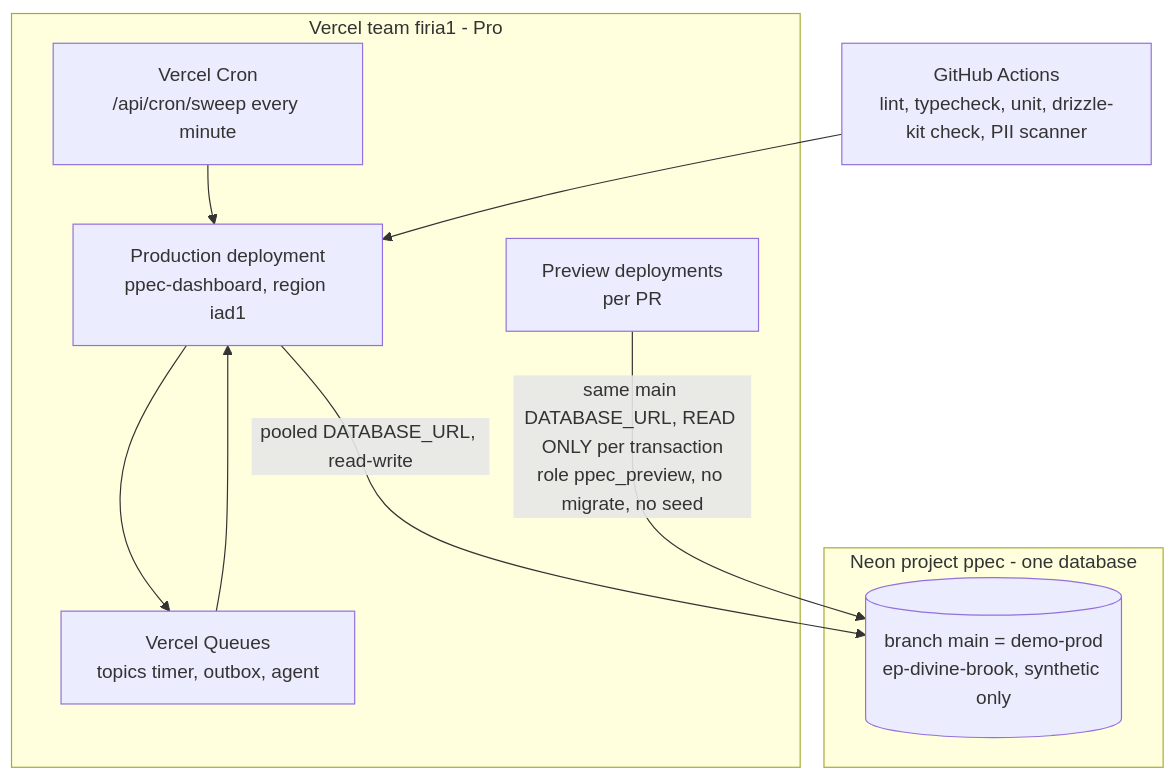
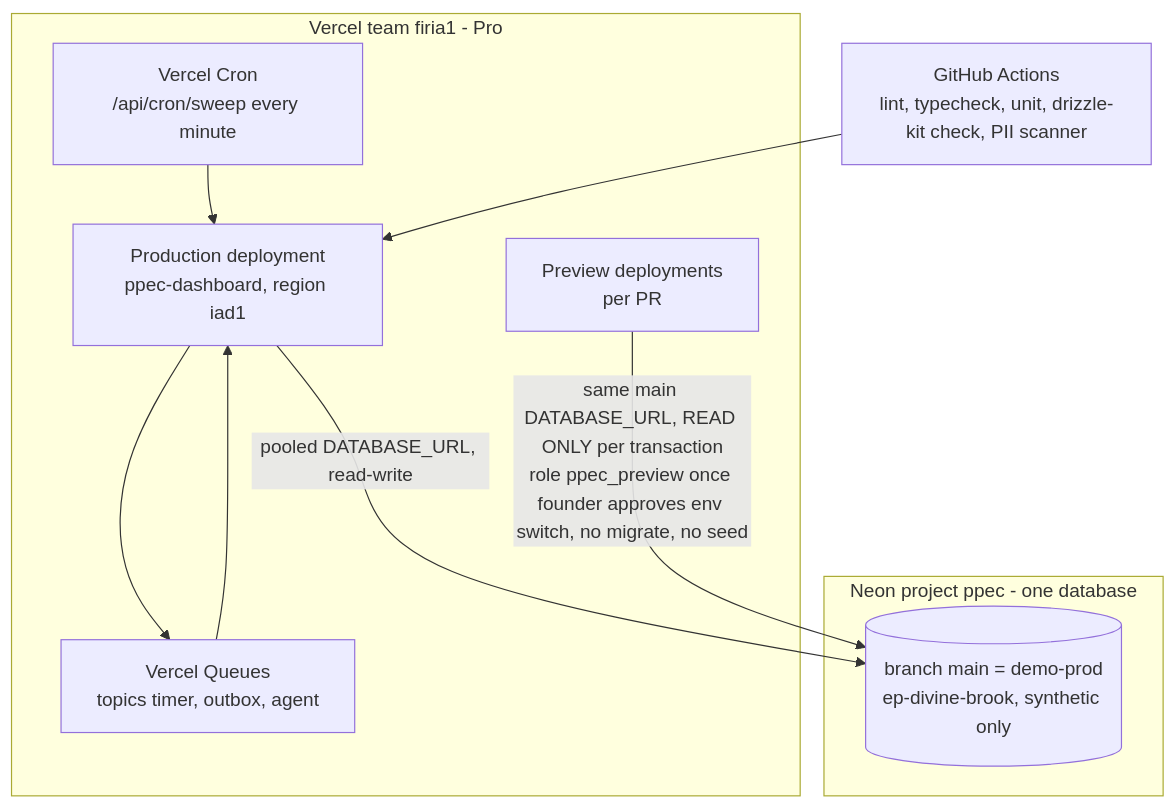
One commit to firia-ai-agent/ppec-transportation-dashboard changed the fifth of 5 diagrams in docs/ARCHITECTURE.md. Above: the diagram before and after it, drawn with Mermaid. The commit also changed other lines of this file and 2 other files, not shown here.

Commit message:
docs: ppec_preview role applied and tested; preview env switch awaits founder approval

````diff
--- a/docs/ARCHITECTURE.md
+++ b/docs/ARCHITECTURE.md
@@ -218,19 +218,19 @@
 ```mermaid
 flowchart TB
   subgraph VERCEL["Vercel team firia1 - Pro"]
     PROD["Production deployment<br/>ppec-dashboard, region iad1"]
     PREV["Preview deployments<br/>per PR"]
     CRON["Vercel Cron<br/>/api/cron/sweep every minute"]
     VQ["Vercel Queues<br/>topics timer, outbox, agent"]
   end
   subgraph NEON["Neon project ppec - one database"]
     MAIN[("branch main = demo-prod<br/>ep-divine-brook, synthetic only")]
   end
   CI["GitHub Actions<br/>lint, typecheck, unit, drizzle-kit check, PII scanner"]
   PROD -->|pooled DATABASE_URL, read-write| MAIN
-  PREV -->|same main DATABASE_URL, READ ONLY per transaction<br/>role ppec_preview, no migrate, no seed| MAIN
+  PREV -->|same main DATABASE_URL, READ ONLY per transaction<br/>role ppec_preview once founder approves env switch, no migrate, no seed| MAIN
   CRON --> PROD
   VQ --> PROD
   PROD --> VQ
   CI --> PROD
 ```
````
